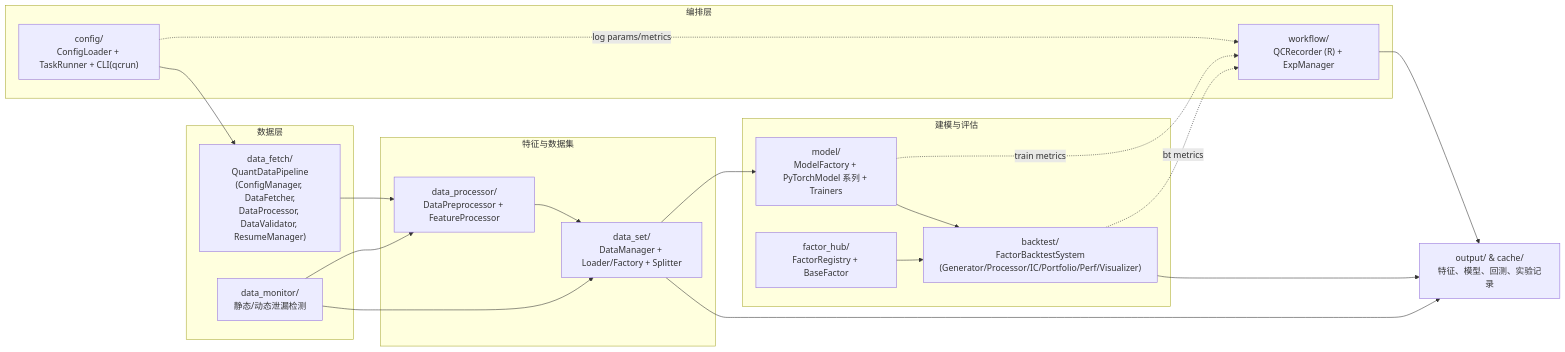
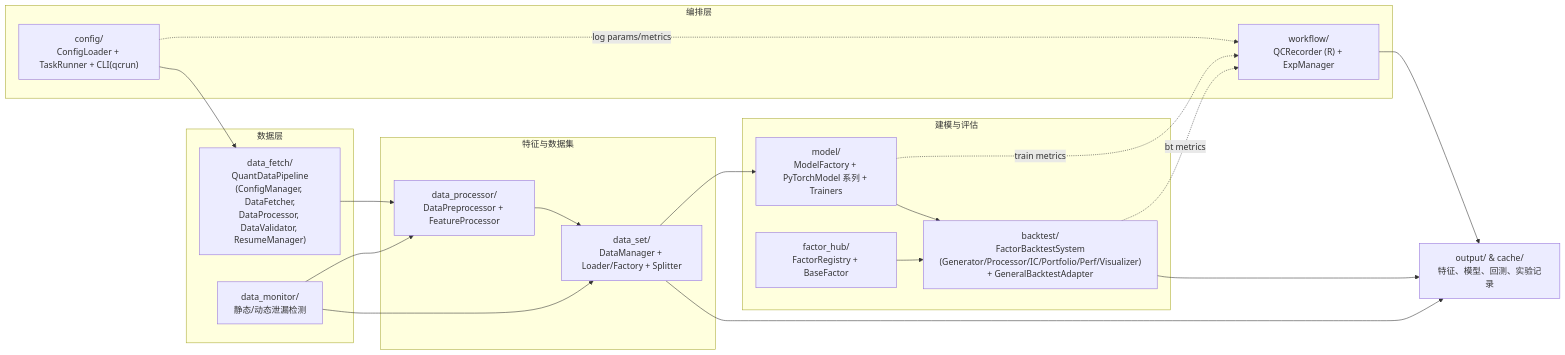
One commit to 15002430024/quantclassic changed the first of 3 diagrams in ARCHITECTURE.md. Above: the diagram before and after it, drawn with Mermaid. The commit also changed other lines of this file and 60 other files, not shown here.

````diff
--- a/ARCHITECTURE.md
+++ b/ARCHITECTURE.md
@@ -30,40 +30,40 @@
 ```mermaid
 flowchart LR
     subgraph Orchestration["编排层"]
         cfg["config/\nConfigLoader + TaskRunner + CLI(qcrun)"]
         wf["workflow/\nQCRecorder (R) + ExpManager"]
     end
 
     subgraph Data["数据层"]
         fetch["data_fetch/\nQuantDataPipeline\n(ConfigManager, DataFetcher,\nDataProcessor, DataValidator, ResumeManager)"]
         monitor["data_monitor/\n静态/动态泄漏检测"]
     end
 
     subgraph Feature["特征与数据集"]
         prep["data_processor/\nDataPreprocessor + FeatureProcessor"]
         dm["data_set/\nDataManager + Loader/Factory + Splitter"]
     end
 
     subgraph Modeling["建模与评估"]
         mdl["model/\nModelFactory + PyTorchModel 系列 + Trainers"]
         fh["factor_hub/\nFactorRegistry + BaseFactor"]
-        bt["backtest/\nFactorBacktestSystem\n(Generator/Processor/IC/Portfolio/Perf/Visualizer)"]
+        bt["backtest/\nFactorBacktestSystem\n(Generator/Processor/IC/Portfolio/Perf/Visualizer)\n+ GeneralBacktestAdapter"]
     end
 
     out["output/ & cache/\n特征、模型、回测、实验记录"]
 
     cfg --> fetch
     fetch --> prep
     prep --> dm
     dm --> mdl
     monitor --> prep
     monitor --> dm
     mdl --> bt
     fh --> bt
     cfg -. log params/metrics .-> wf
     mdl -. train metrics .-> wf
     bt -. bt metrics .-> wf
     wf --> out
     bt --> out
     dm --> out
 ```
````
